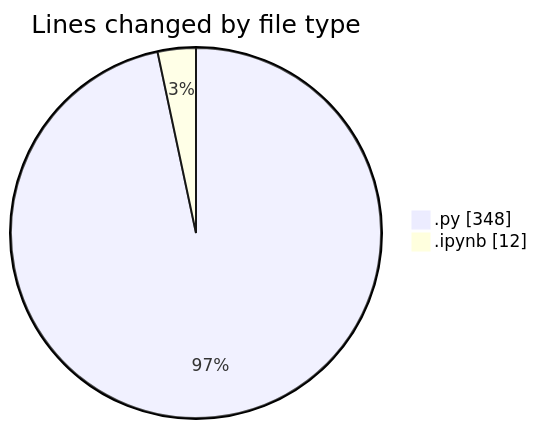
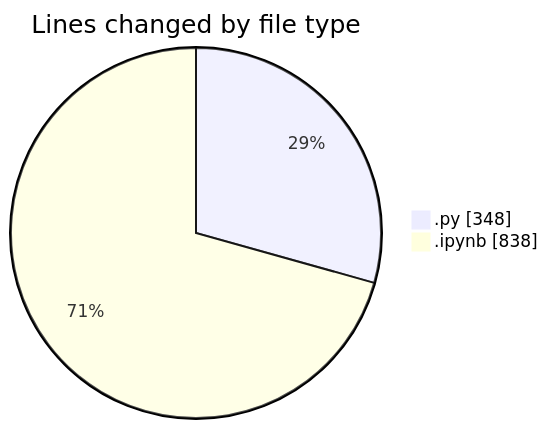
One commit to MatusMokan/code-tracking changed the first of 2 diagrams in 2025-03-21/myws__workspace_/README.md. Above: the diagram before and after it, drawn with Mermaid. The commit also changed other lines of this file and 1 other file, not shown here.

````diff
--- a/2025-03-21/myws__workspace_/README.md
+++ b/2025-03-21/myws__workspace_/README.md
@@ -21,6 +21,6 @@
 ```mermaid
 pie showData
 title Lines changed by file type
 ".py" : 348
-".ipynb" : 12
+".ipynb" : 838
 ```
````
